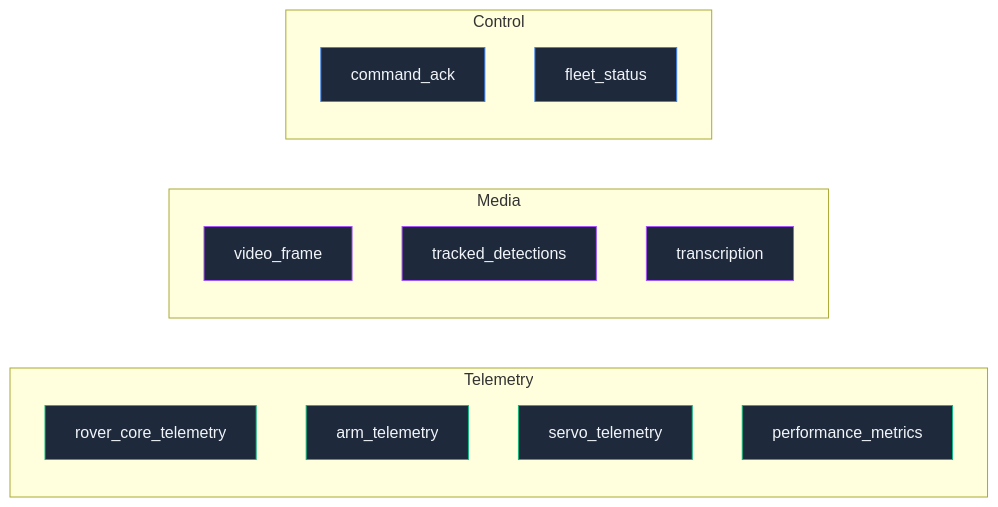
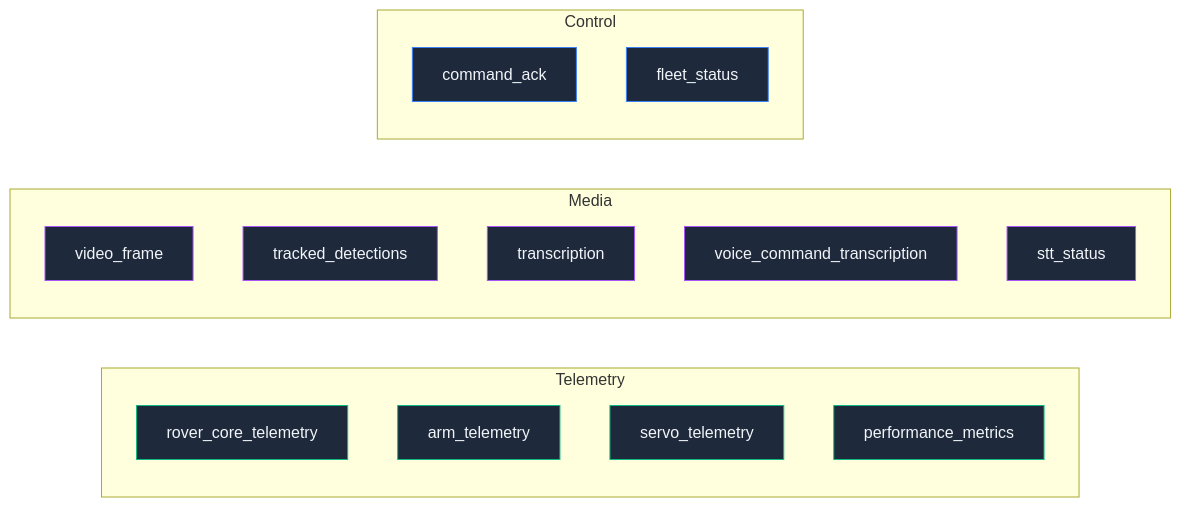
Before and after one commit to loidinhm31/robo-control-app: the eighth of 12 diagrams in docs/architecture.md, drawn with Mermaid. The commit also changed other lines of this file and 5 other files, not shown here.

Commit message:
feat(voice): align STT contracts

````diff
--- a/docs/architecture.md
+++ b/docs/architecture.md
@@ -293,27 +293,29 @@
 ```mermaid
 flowchart LR
     subgraph Telemetry
         RCT["rover_core_telemetry"]
         AT["arm_telemetry"]
         ST["servo_telemetry"]
         PM["performance_metrics"]
     end
 
     subgraph Media
         VF["video_frame"]
         TD["tracked_detections"]
         TR["transcription"]
+        VCT["voice_command_transcription"]
+        SS["stt_status"]
     end
 
     subgraph Control
         CA["command_ack"]
         FS["fleet_status"]
     end
 
     classDef tele fill:#1e293b,stroke:#10b981,color:#f1f5f9
     classDef media fill:#1e293b,stroke:#a855f7,color:#f1f5f9
     classDef ctrl fill:#1e293b,stroke:#3b82f6,color:#f1f5f9
     class RCT,AT,ST,PM tele
-    class VF,TD,TR media
+    class VF,TD,TR,VCT,SS media
     class CA,FS ctrl
 ```
````
